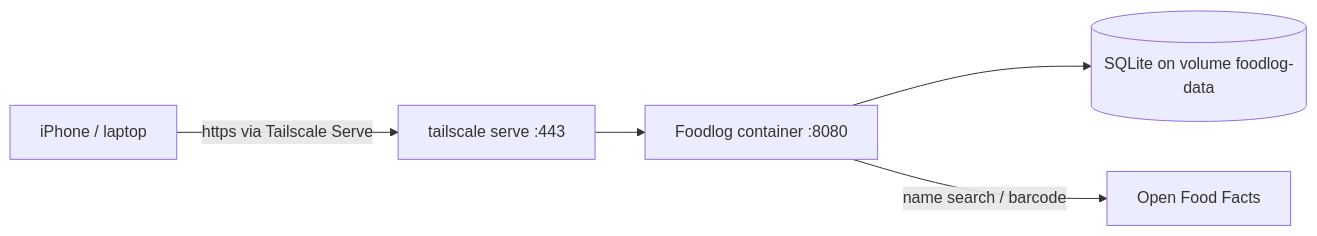
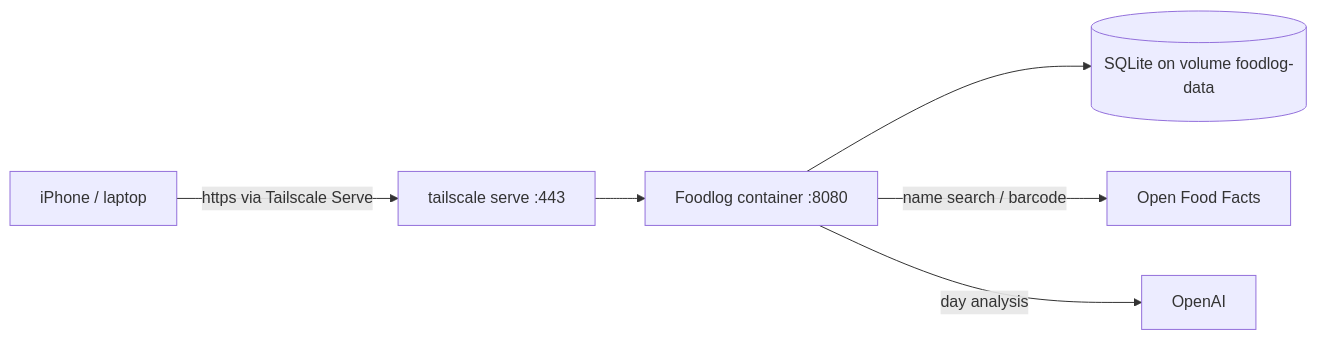
Before and after one commit to barrydaniels-nl/foodlog: the diagram in README.md, drawn with Mermaid. The commit also changed other lines of this file and 17 other files, not shown here.

Commit message:
feat: add AI day analysis to the food planner

````diff
--- a/README.md
+++ b/README.md
@@ -30,7 +32,8 @@
 ```mermaid
 flowchart LR
   phone[iPhone / laptop] -- https via Tailscale Serve --> ts[tailscale serve :443]
   ts --> app[Foodlog container :8080]
   app --> db[(SQLite on volume foodlog-data)]
   app -- name search / barcode --> off[Open Food Facts]
+  app -- day analysis --> openai[OpenAI]
 ```
````
